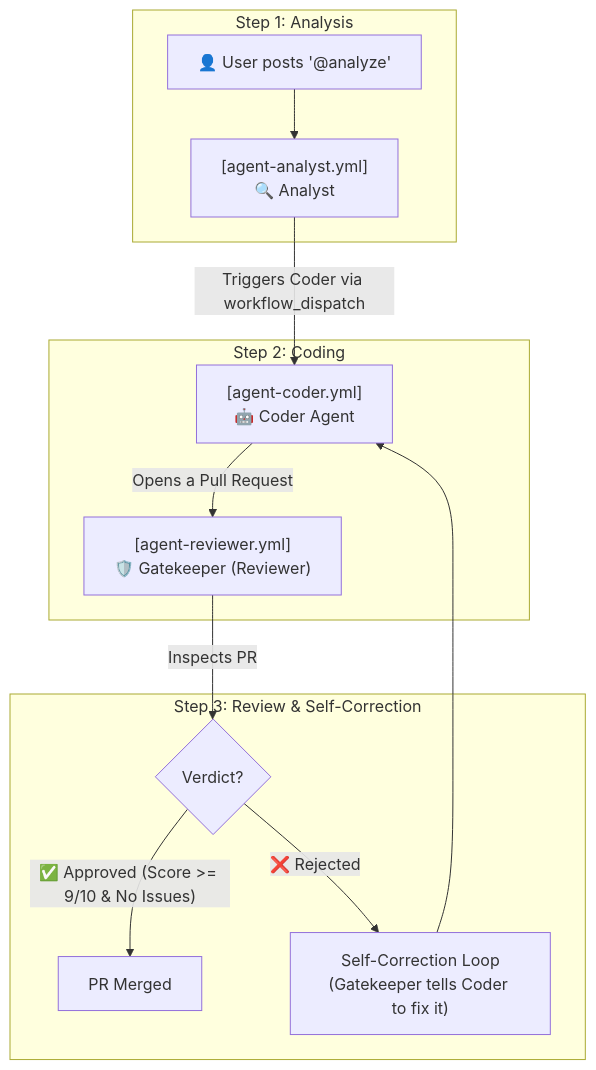
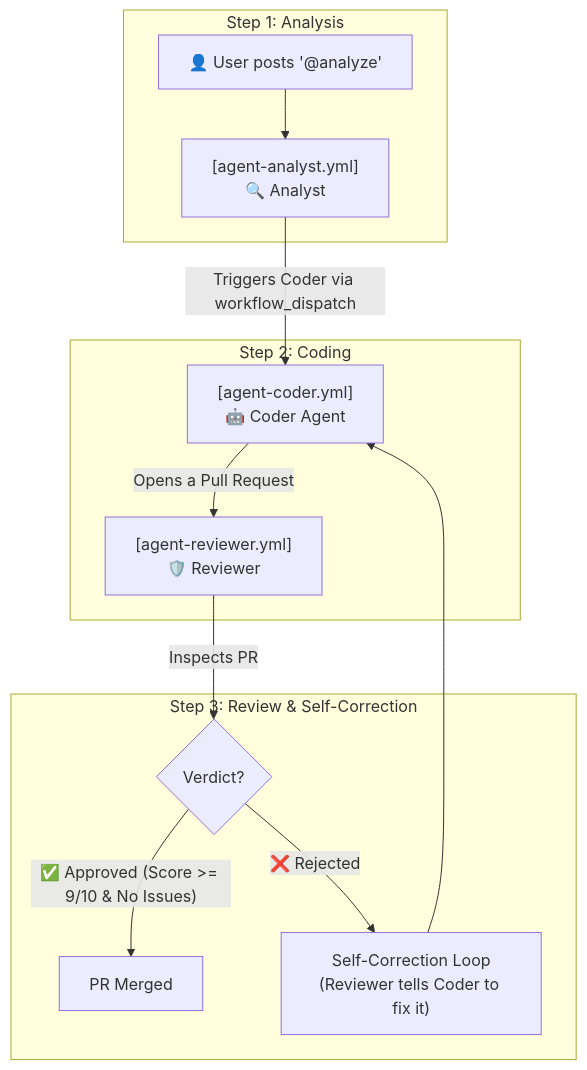
Before and after one commit to BUZASLAN128/HiveMind-Actions: the diagram in README.md, drawn with Mermaid. The commit also changed other lines of this file and 2 other files, not shown here.

````diff
--- a/README.md
+++ b/README.md
@@ -78,16 +78,16 @@
 ```mermaid
 graph TD
     subgraph "Step 1: Analysis"
         A["👤 User posts '@analyze'"] --> B["[agent-analyst.yml]<br>🔍 Analyst"];
     end
     subgraph "Step 2: Coding"
         B -- "Triggers Coder via workflow_dispatch" --> C["[agent-coder.yml]<br>🤖 Coder Agent"];
         C -- "Opens a Pull Request" --> D;
     end
     subgraph "Step 3: Review & Self-Correction"
-        D["[agent-reviewer.yml]<br>🛡️ Gatekeeper (Reviewer)"] -- "Inspects PR" --> E{"Verdict?"};
+        D["[agent-reviewer.yml]<br>🛡️ Reviewer"] -- "Inspects PR" --> E{"Verdict?"};
         E -- "✅ Approved (Score >= 9/10 & No Issues)" --> F["PR Merged"];
-        E -- "❌ Rejected" --> G["Self-Correction Loop<br>(Gatekeeper tells Coder to fix it)"];
+        E -- "❌ Rejected" --> G["Self-Correction Loop<br>(Reviewer tells Coder to fix it)"];
         G --> C;
     end
 ```
````
